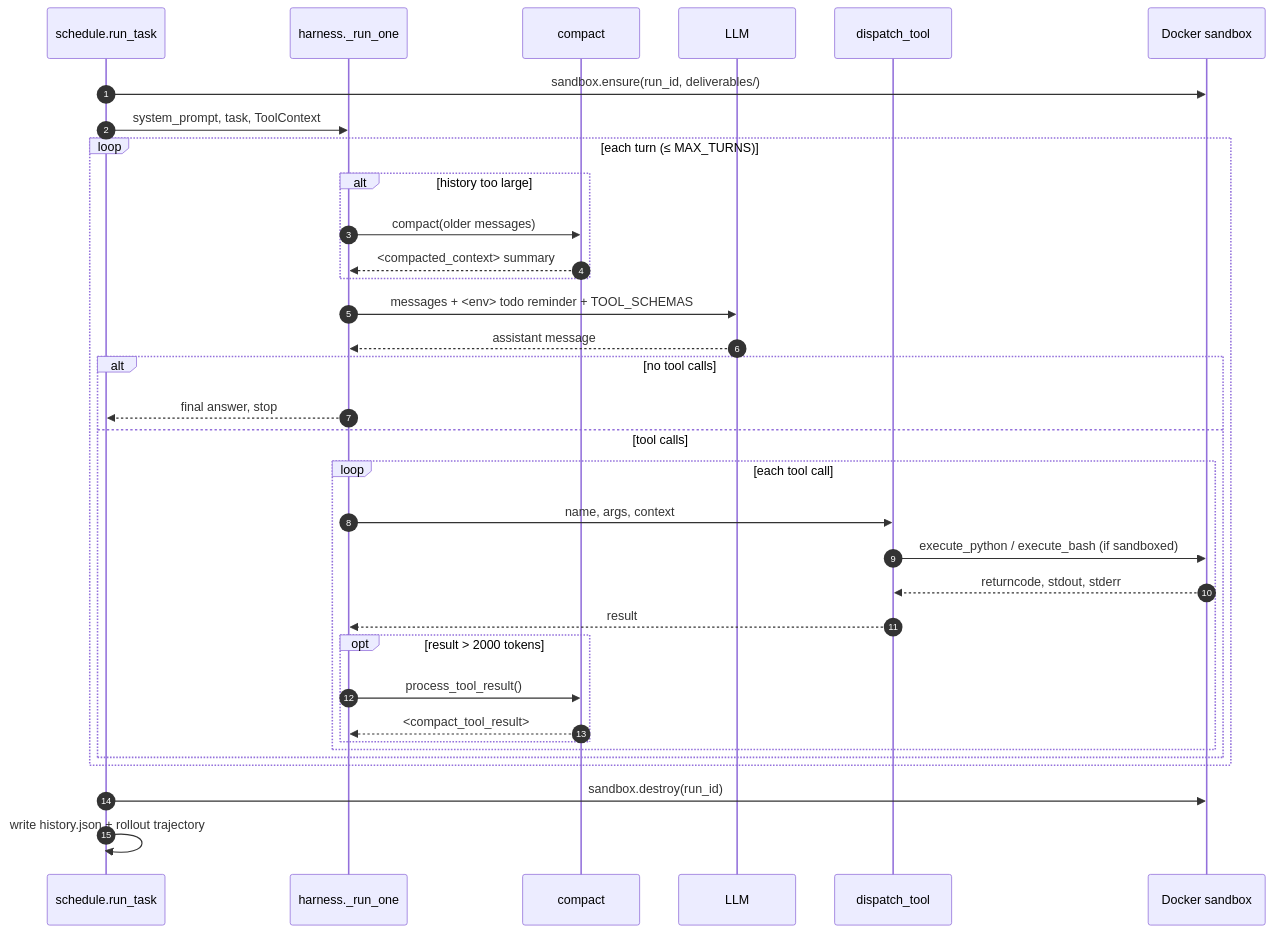
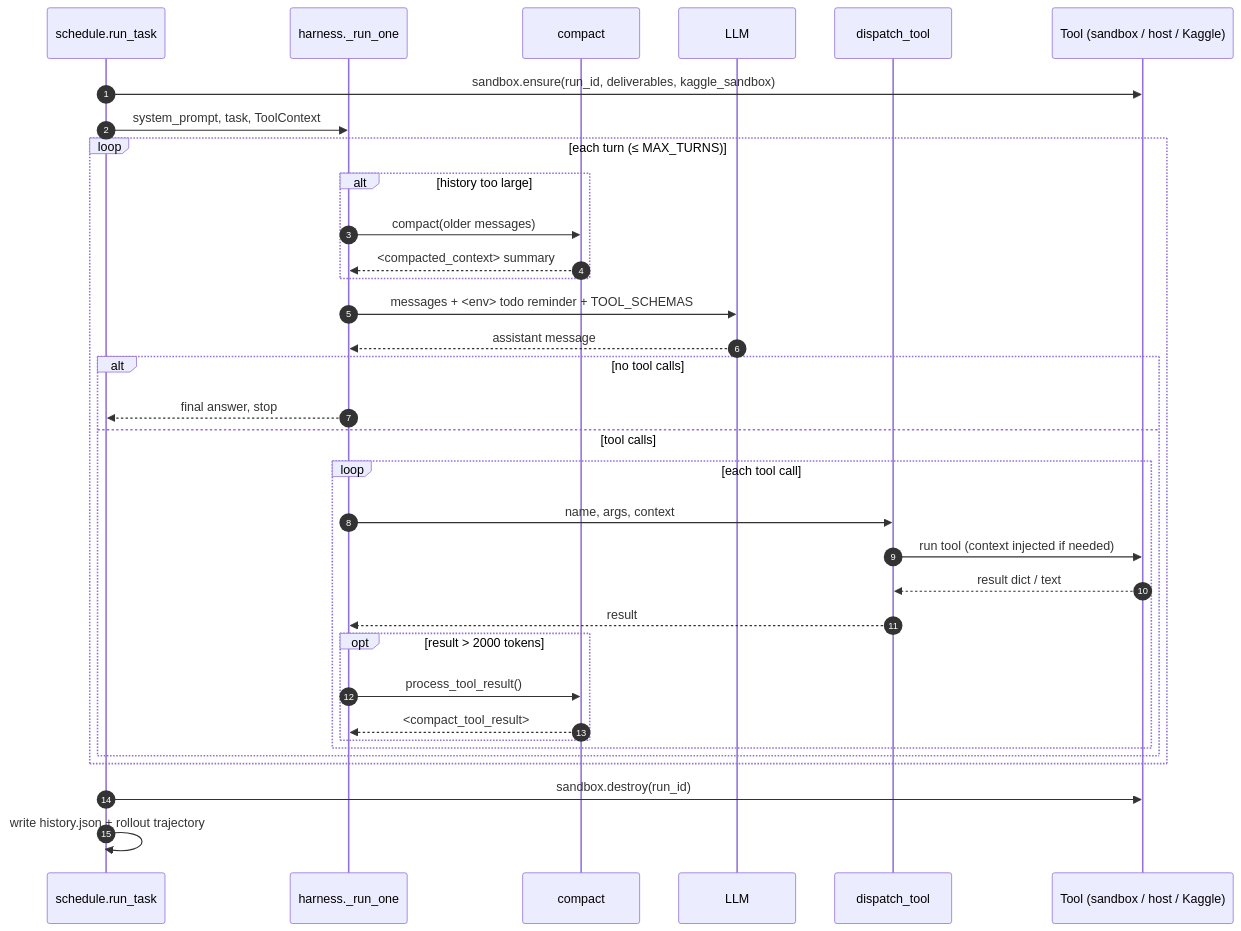
Before and after one commit to NBTailee/agent-harness: the second of 8 diagrams in README.md, drawn with Mermaid. The commit also changed other lines of this file and 19 other files, not shown here.

````diff
--- a/README.md
+++ b/README.md
@@ -70,37 +80,37 @@
 ```mermaid
 sequenceDiagram
     autonumber
     participant S as schedule.run_task
     participant H as harness._run_one
     participant C as compact
     participant L as LLM
     participant E as dispatch_tool
-    participant D as Docker sandbox
+    participant T as Tool (sandbox / host / Kaggle)
 
-    S->>D: sandbox.ensure(run_id, deliverables/)
+    S->>T: sandbox.ensure(run_id, deliverables, kaggle_sandbox)
     S->>H: system_prompt, task, ToolContext
     loop each turn (≤ MAX_TURNS)
         alt history too large
             H->>C: compact(older messages)
             C-->>H: <compacted_context> summary
         end
         H->>L: messages + <env> todo reminder + TOOL_SCHEMAS
         L-->>H: assistant message
         alt no tool calls
             H-->>S: final answer, stop
         else tool calls
             loop each tool call
                 H->>E: name, args, context
-                E->>D: execute_python / execute_bash (if sandboxed)
-                D-->>E: returncode, stdout, stderr
+                E->>T: run tool (context injected if needed)
+                T-->>E: result dict / text
                 E-->>H: result
                 opt result > 2000 tokens
                     H->>C: process_tool_result()
                     C-->>H: <compact_tool_result>
                 end
             end
         end
     end
-    S->>D: sandbox.destroy(run_id)
+    S->>T: sandbox.destroy(run_id)
     S->>S: write history.json + rollout trajectory
 ```
````
